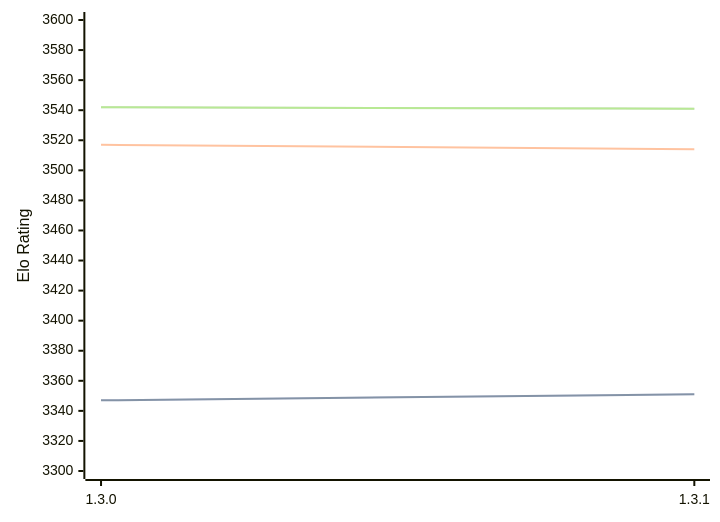
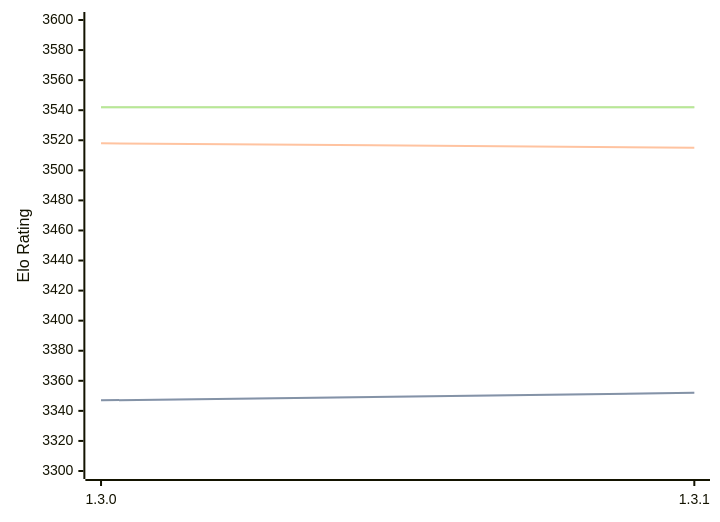
The diagram in engines/Renegade.md (computer-chess-index/cci), drawn with Mermaid before and after one commit. The commit also changed other lines of this file, not shown here.

Commit message:
Update CCI Ratings (ELO VLTC) - 2026-09-13

````diff
--- a/engines/Renegade.md
+++ b/engines/Renegade.md
@@ -33,11 +33,11 @@
 ```mermaid
 %%{init: {"theme":"base","themeVariables":{"seriesColors:['#a3a3a3','#222221','#faa371']}}}%%
 xychart-beta
   x-axis ["1.3.0", "1.3.1"]
   y-axis "Elo Rating" 3300 --> 3600
-  line "" [3347, 3351]
-  line "STC (8.0+0.08s)" [3347, 3351]
-  line "LTC (60.0+0.60s)" [3517, 3514]
-  line "" [3542, 3541]
-  line "VLTC (2m24s+1.12s)" [3542, 3541]
+  line "" [3347, 3352]
+  line "STC (8.0+0.08s)" [3347, 3352]
+  line "LTC (60.0+0.60s)" [3518, 3515]
+  line "" [3542, 3542]
+  line "VLTC (2m24s+1.12s)" [3542, 3542]
 ```
````
